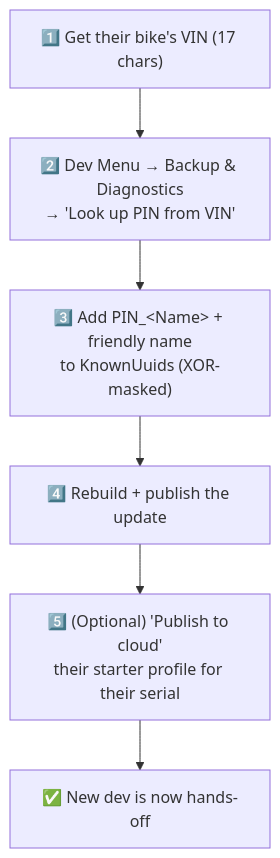
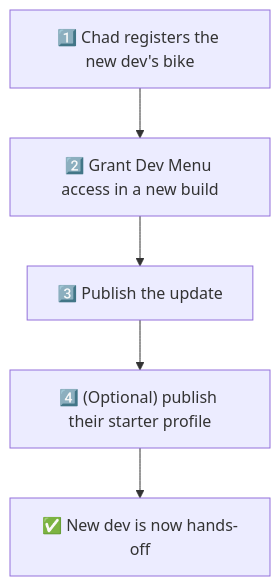
Before and after one commit to chadware-software/WolfPackDash-Docs: the tenth of 10 diagrams in docs/PROCESS_FLOW.md, drawn with Mermaid. The commit also changed other lines of this file and 2 other files, not shown here.

Commit message:
Publish landing page + scrubbed security docs

````diff
--- a/docs/PROCESS_FLOW.md
+++ b/docs/PROCESS_FLOW.md
@@ -312,8 +311,7 @@
 ```mermaid
 flowchart TD
-    S1["1️⃣ Get their bike's VIN (17 chars)"] --> S2["2️⃣ Dev Menu → Backup & Diagnostics<br/>→ 'Look up PIN from VIN'"]
-    S2 --> S3["3️⃣ Add PIN_&lt;Name&gt; + friendly name<br/>to KnownUuids (XOR-masked)"]
-    S3 --> S4["4️⃣ Rebuild + publish the update"]
-    S4 --> S5["5️⃣ (Optional) 'Publish to cloud'<br/>their starter profile for their serial"]
-    S5 --> DONE["✅ New dev is now hands-off"]
+    S1["1️⃣ Chad registers the new dev's bike"] --> S2["2️⃣ Grant Dev Menu access in a new build"]
+    S2 --> S3["3️⃣ Publish the update"]
+    S3 --> S4["4️⃣ (Optional) publish their starter profile"]
+    S4 --> DONE["✅ New dev is now hands-off"]
 ```
````
